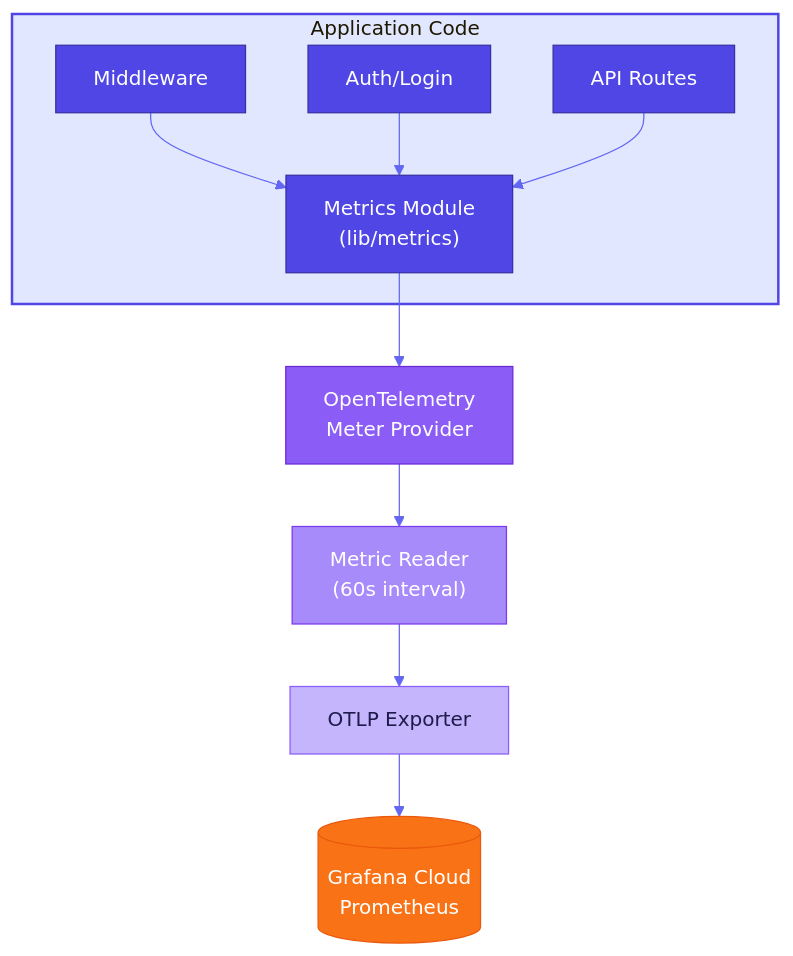
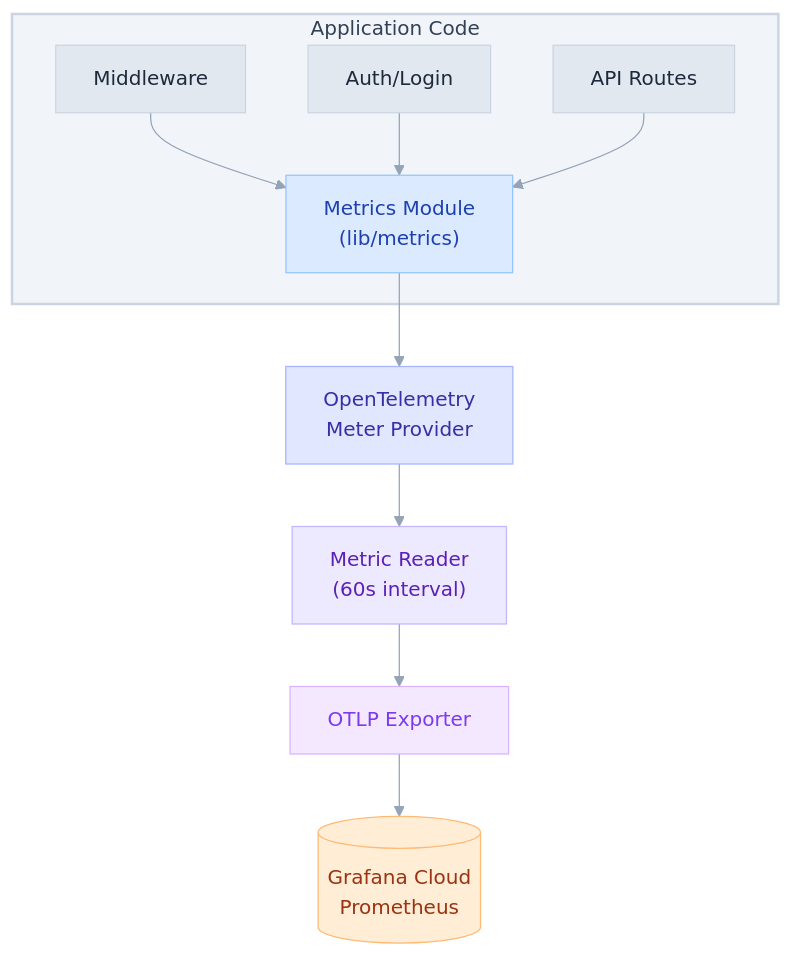
The diagram in doc/metrics_implementation.md (3DHDSoft/devmultiplier-academy), drawn with Mermaid before and after one commit. The commit also changed 19 other files, not shown here.

````diff
--- a/doc/metrics_implementation.md
+++ b/doc/metrics_implementation.md
@@ -20,26 +20,35 @@
 ```mermaid
-%%{init: {'theme': 'base', 'themeVariables': { 'primaryColor': '#4f46e5', 'primaryTextColor': '#fff', 'primaryBorderColor': '#3730a3', 'lineColor': '#6366f1', 'secondaryColor': '#f0abfc', 'tertiaryColor': '#e0e7ff'}}}%%
-flowchart TB
+%%{init: {'theme': 'base', 'themeVariables': {
+  'primaryColor': '#e2e8f0',
+  'primaryTextColor': '#1e293b',
+  'primaryBorderColor': '#cbd5e1',
+  'lineColor': '#94a3b8',
+  'secondaryColor': '#f1f5f9',
+  'tertiaryColor': '#f8fafc',
+  'background': '#ffffff',
+  'textColor': '#334155',
+  'fontFamily': 'system-ui, -apple-system, sans-serif'
+}}}%%flowchart TB
     subgraph App["Application Code"]
         MW["Middleware"]
         Auth["Auth/Login"]
         API["API Routes"]
         Metrics["Metrics Module<br/>(lib/metrics)"]
 
         MW --> Metrics
         Auth --> Metrics
         API --> Metrics
     end
 
     Metrics --> MeterProvider["OpenTelemetry<br/>Meter Provider"]
     MeterProvider --> MetricReader["Metric Reader<br/>(60s interval)"]
     MetricReader --> Exporter["OTLP Exporter"]
     Exporter --> Grafana[("Grafana Cloud<br/>Prometheus")]
 
-    style App fill:#e0e7ff,stroke:#4f46e5,stroke-width:2px
-    style Metrics fill:#4f46e5,stroke:#3730a3,color:#fff
-    style MeterProvider fill:#8b5cf6,stroke:#6d28d9,color:#fff
-    style MetricReader fill:#a78bfa,stroke:#7c3aed,color:#fff
-    style Exporter fill:#c4b5fd,stroke:#8b5cf6,color:#1e1b4b
-    style Grafana fill:#f97316,stroke:#ea580c,color:#fff
+    style App fill:#f1f5f9,stroke:#cbd5e1,stroke-width:2px,color:#334155
+    style Metrics fill:#dbeafe,stroke:#93c5fd,color:#1e40af
+    style MeterProvider fill:#e0e7ff,stroke:#a5b4fc,color:#3730a3
+    style MetricReader fill:#ede9fe,stroke:#c4b5fd,color:#5b21b6
+    style Exporter fill:#f3e8ff,stroke:#d8b4fe,color:#7c3aed
+    style Grafana fill:#ffedd5,stroke:#fdba74,color:#9a3412
 ```
````
